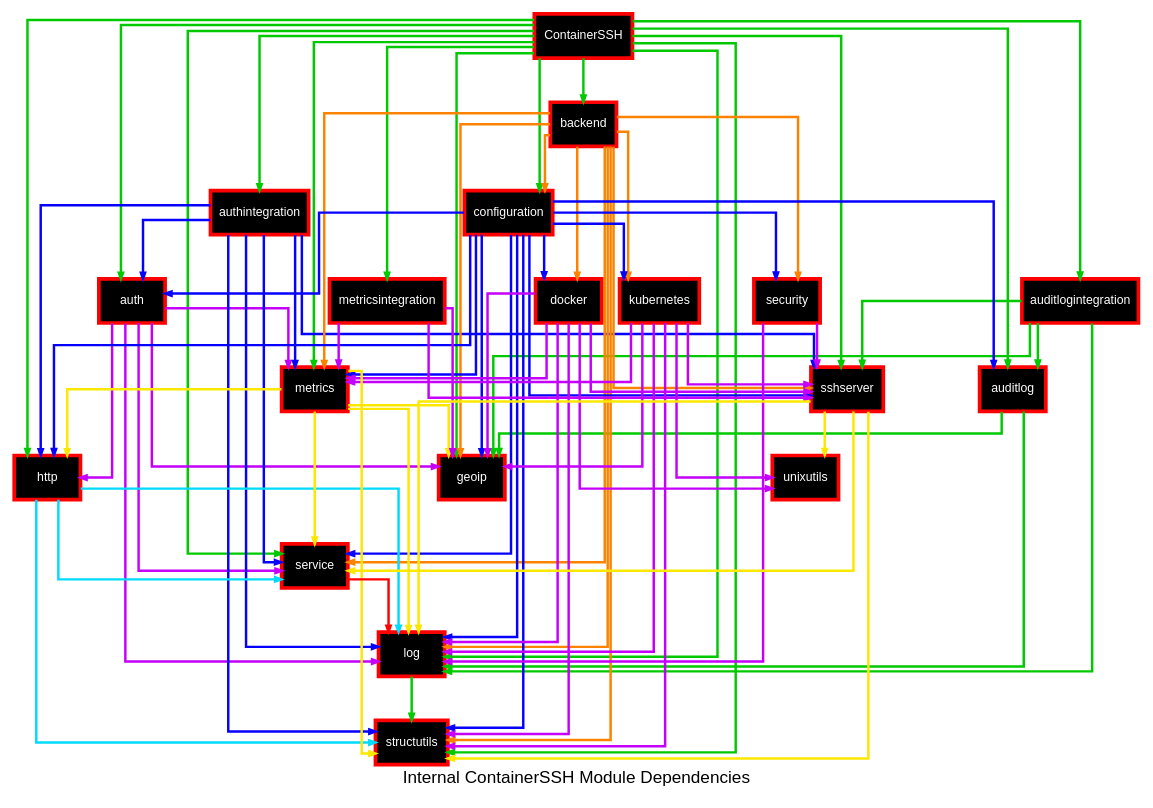
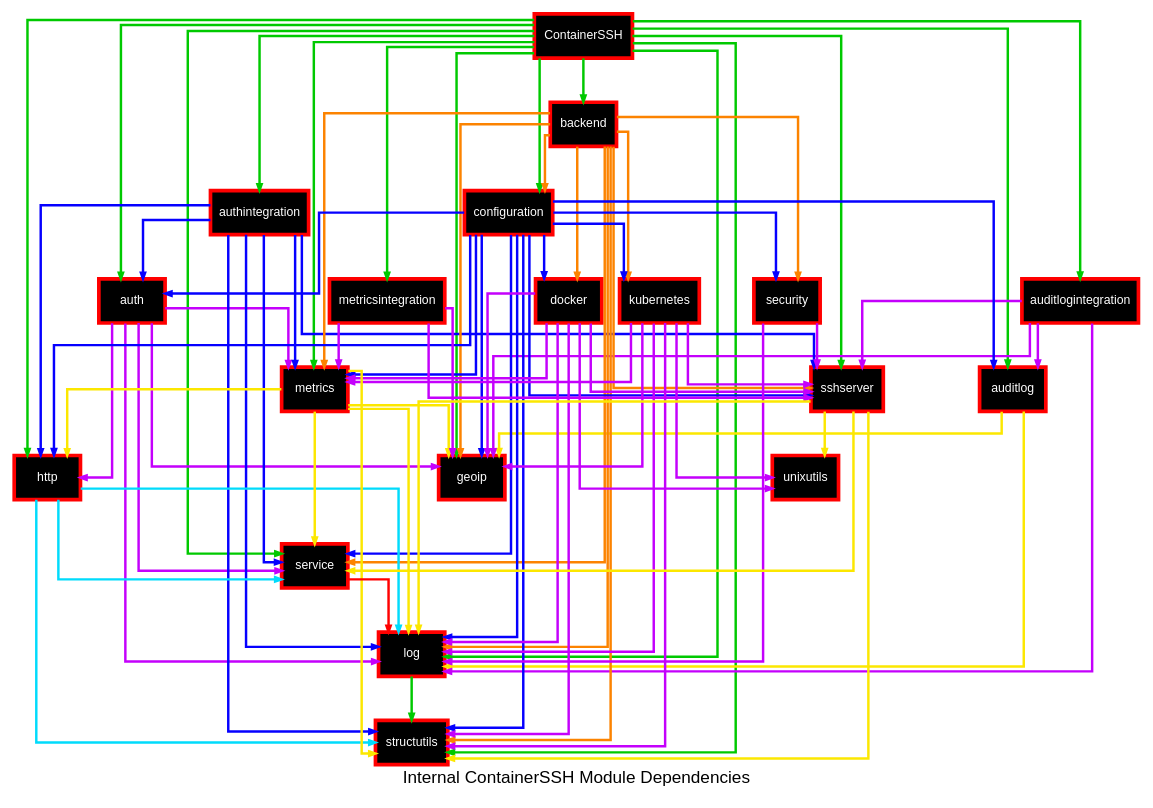
Before and after one commit to ContainerSSH/containerssh.github.io: the diagram in docs/development/containerssh/modules.dot, drawn with Graphviz. The commit also changed 1 other file, not shown here.

Commit message:
Fixed dep graph colors

```diff
--- a/docs/development/containerssh/modules.dot
+++ b/docs/development/containerssh/modules.dot
@@ -1,124 +1,124 @@
 digraph ContainerSSH {
     concentrate=true;
     graph [label="Internal ContainerSSH Module Dependencies", splines=ortho, nodesep=0.2, fontname="Arial", concentrate=true]
     node [shape=box, style=filled, fillcolor=black, color=red, fontcolor=white, fontsize=10, fontname="Arial", penwidth=3]
     edge [penwidth=2, color="#00C900", arrowsize=0.5, tailclip=true]
 
     ContainerSSH [url="https://github.com/containerssh/containerssh"]
     auditlog [url="https://github.com/containerssh/auditlog"]
     auditlogintegration [url="https://github.com/containerssh/auditlogintegration"]
     auth [url="https://github.com/containerssh/auth"]
     authintegration [url="https://github.com/containerssh/authintegration"]
     backend [url="https://github.com/containerssh/backend"]
     configuration [url="https://github.com/containerssh/configuration"]
     docker [url="https://github.com/containerssh/docker"]
     http [url="https://github.com/containerssh/http"]
     kubernetes [url="https://github.com/containerssh/kubernetes"]
     log [url="https://github.com/containerssh/log"]
     metrics [url="https://github.com/containerssh/metrics"]
     metricsintegration [url="https://github.com/containerssh/metricsintegration"]
     security [url="https://github.com/containerssh/security"]
     service [url="https://github.com/containerssh/service"]
     sshserver [url="https://github.com/containerssh/sshserver"]
 
     ContainerSSH -> auditlog [color="#00C900"]
     ContainerSSH -> auditlogintegration [color="#00C900"]
     ContainerSSH -> auth [color="#00C900"]
     ContainerSSH -> authintegration [color="#00C900"]
     ContainerSSH -> backend [color="#00C900"]
     ContainerSSH -> configuration [color="#00C900"]
     ContainerSSH -> geoip [color="#00C900"]
     ContainerSSH -> http [color="#00C900"]
     ContainerSSH -> log [color="#00C900"]
     ContainerSSH -> metrics [color="#00C900"]
     ContainerSSH -> metricsintegration [color="#00C900"]
     ContainerSSH -> service [color="#00C900"]
     ContainerSSH -> sshserver [color="#00C900"]
     ContainerSSH -> structutils [color="#00C900"]
 
-    auditlog -> geoip
-    auditlog -> log
+    auditlog -> geoip [color="#fce700"]
+    auditlog -> log [color="#fce700"]
 
-    auditlogintegration -> auditlog
-    auditlogintegration -> geoip
-    auditlogintegration -> log
-    auditlogintegration -> sshserver
+    auditlogintegration -> auditlog [color="#c400fc"]
+    auditlogintegration -> geoip [color="#c400fc"]
+    auditlogintegration -> log [color="#c400fc"]
+    auditlogintegration -> sshserver [color="#c400fc"]
 
     auth -> geoip [color="#c400fc"]
     auth -> http [color="#c400fc"]
     auth -> log [color="#c400fc"]
     auth -> metrics [color="#c400fc"]
     auth -> service [color="#c400fc"]
 
     authintegration -> auth [color="#0600FF"]
     authintegration -> http [color="#0600FF"]
     authintegration -> log [color="#0600FF"]
     authintegration -> service [color="#0600FF"]
     authintegration -> sshserver [color="#0600FF"]
     authintegration -> structutils [color="#0600FF"]
     authintegration -> metrics [color="#0600FF"]
 
     backend -> configuration [color="#FC8300"]
     backend -> docker [color="#FC8300"]
     backend -> geoip [color="#FC8300"]
     backend -> kubernetes [color="#FC8300"]
     backend -> log [color="#FC8300"]
     backend -> metrics [color="#FC8300"]
     backend -> security [color="#FC8300"]
     backend -> service [color="#FC8300"]
     backend -> sshserver [color="#FC8300"]
     backend -> structutils [color="#FC8300"]
 
     configuration -> auditlog [color="#0600FF"]
     configuration -> auth [color="#0600FF"]
     configuration -> docker [color="#0600FF"]
     configuration -> geoip [color="#0600FF"]
     configuration -> http [color="#0600FF"]
     configuration -> kubernetes [color="#0600FF"]
     configuration -> log [color="#0600FF"]
     configuration -> metrics [color="#0600FF"]
     configuration -> security [color="#0600FF"]
     configuration -> service [color="#0600FF"]
     configuration -> sshserver [color="#0600FF"]
     configuration -> structutils [color="#0600FF"]
 
     docker -> geoip [color="#c400fc"]
     docker -> log [color="#c400fc"]
     docker -> metrics [color="#c400fc"]
     docker -> sshserver [color="#c400fc"]
     docker -> structutils [color="#c400fc"]
     docker -> unixutils [color="#c400fc"]
 
     http -> log [color="#00dbfc"]
     http -> service [color="#00dbfc"]
     http -> structutils [color="#00dbfc"]
 
     kubernetes -> geoip [color="#c400fc"]
     kubernetes -> log [color="#c400fc"]
     kubernetes -> metrics [color="#c400fc"]
     kubernetes -> sshserver [color="#c400fc"]
     kubernetes -> structutils [color="#c400fc"]
     kubernetes -> unixutils [color="#c400fc"]
 
     log -> structutils
 
     metrics -> geoip [color="#fce700"]
     metrics -> http [color="#fce700"]
     metrics -> log [color="#fce700"]
     metrics -> service [color="#fce700"]
     metrics -> structutils [color="#fce700"]
 
     metricsintegration -> geoip [color="#c400fc"]
     metricsintegration -> metrics [color="#c400fc"]
     metricsintegration -> sshserver [color="#c400fc"]
 
     security -> log [color="#c400fc"]
     security -> sshserver [color="#c400fc"]
 
     service -> log [color="#ff0000"]
 
     sshserver -> log [color="#fce700"]
     sshserver -> service [color="#fce700"]
     sshserver -> structutils [color="#fce700"]
     sshserver -> unixutils [color="#fce700"]
 }
```
